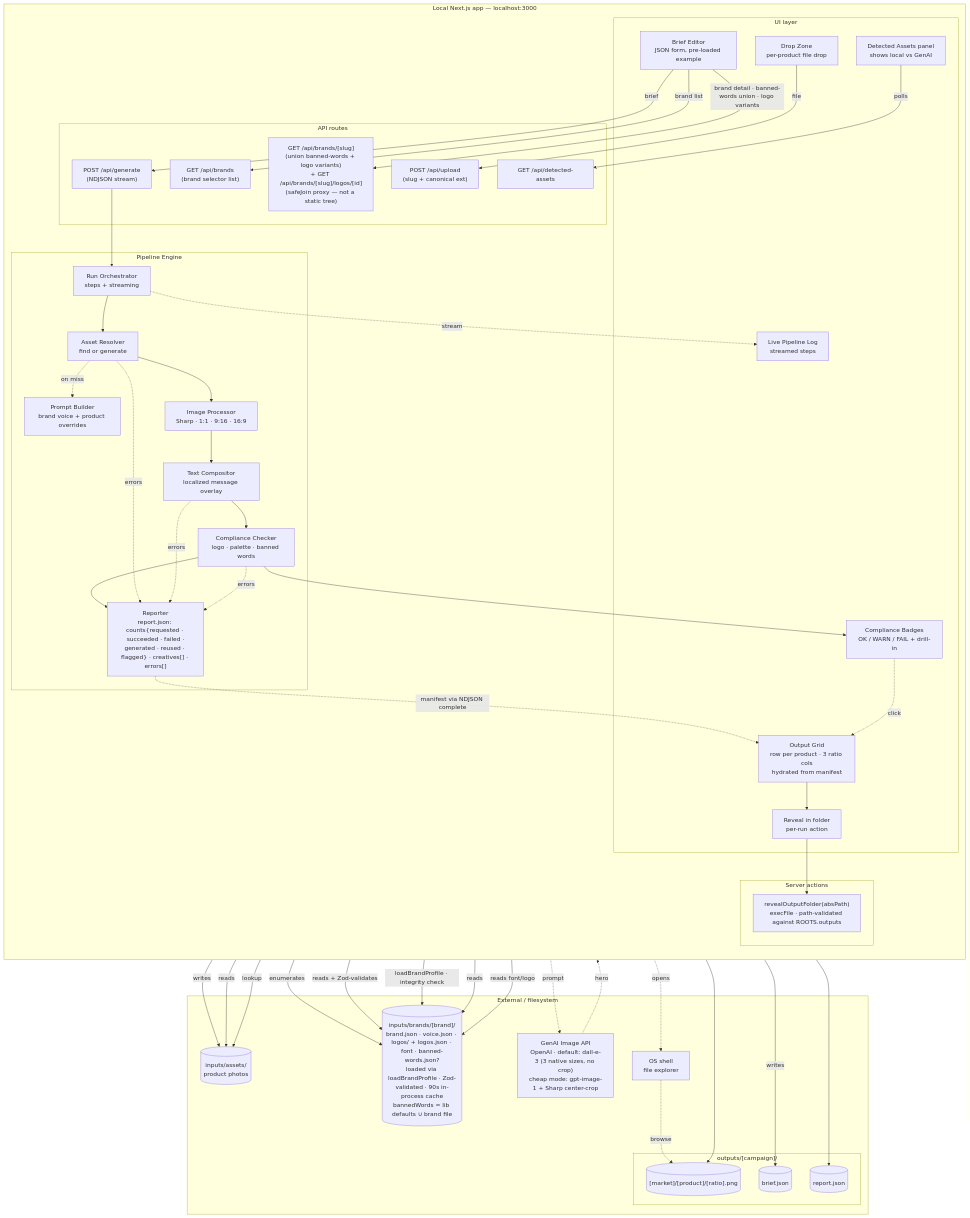
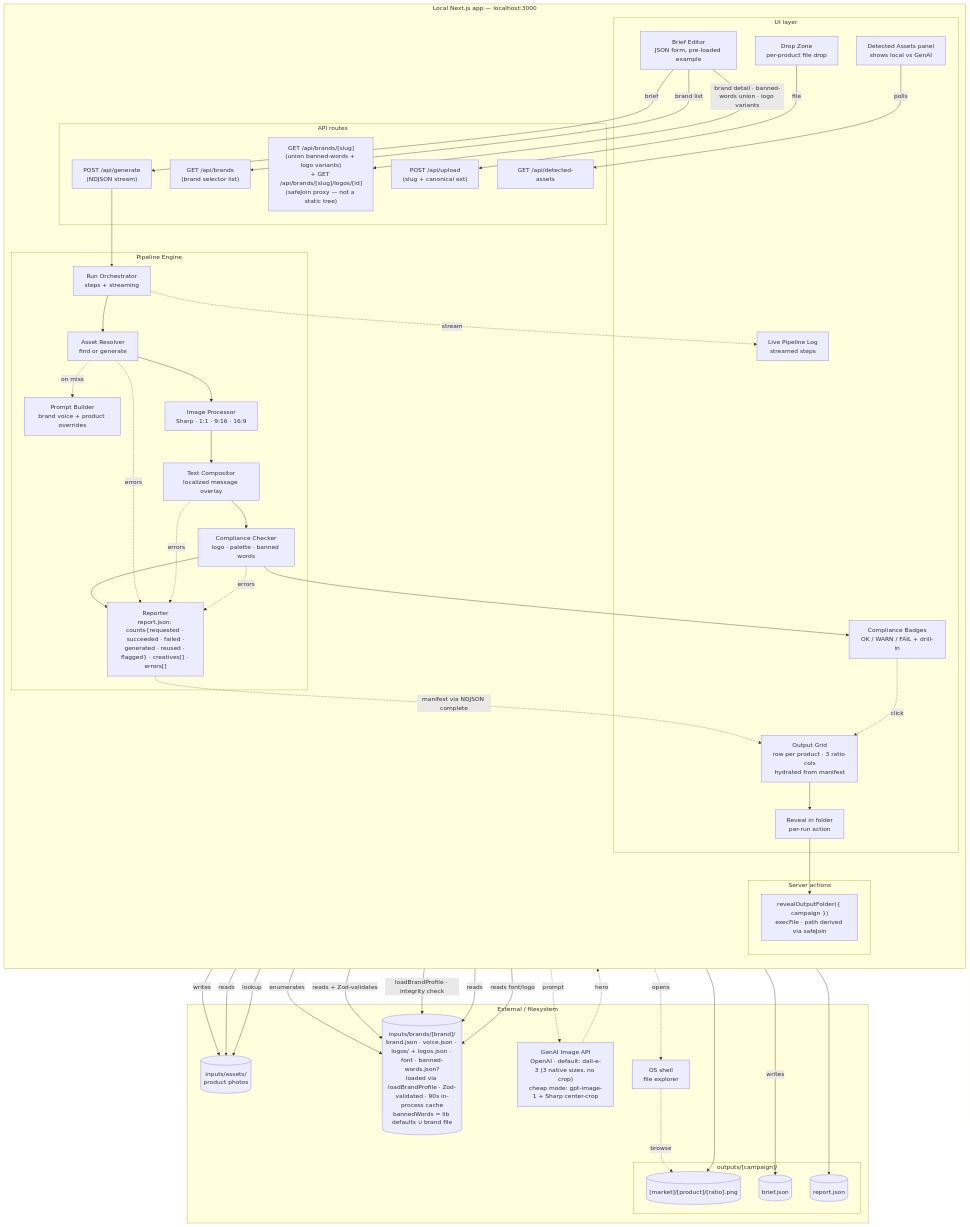
The third of 5 diagrams in docs/system-map.md (arndvs/cast), drawn with Mermaid before and after one commit. The commit also changed other lines of this file and 5 other files, not shown here.

```diff
--- a/docs/system-map.md
+++ b/docs/system-map.md
@@ -115,7 +115,7 @@
         end
 
         subgraph Actions["Server actions"]
-            RevealAction["revealOutputFolder(absPath)<br/>execFile · path-validated against ROOTS.outputs"]
+            RevealAction["revealOutputFolder({ campaign })<br/>execFile · path derived via safeJoin"]
         end
 
         subgraph Engine["Pipeline Engine"]
```
